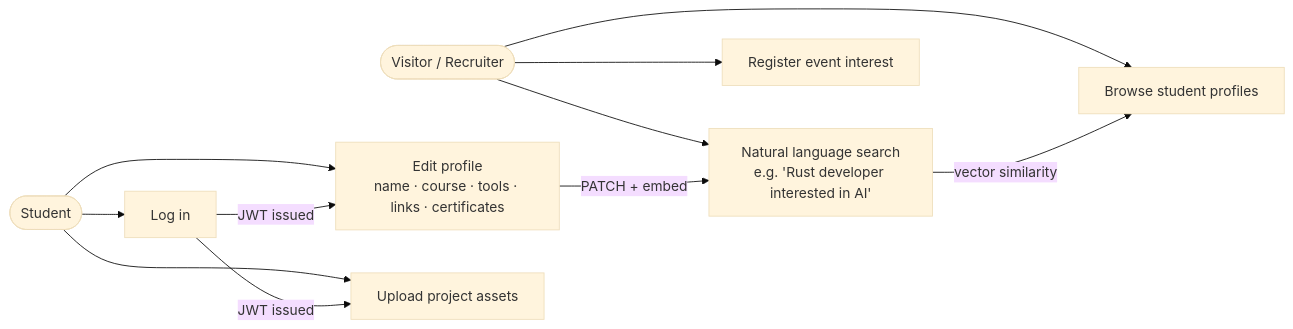
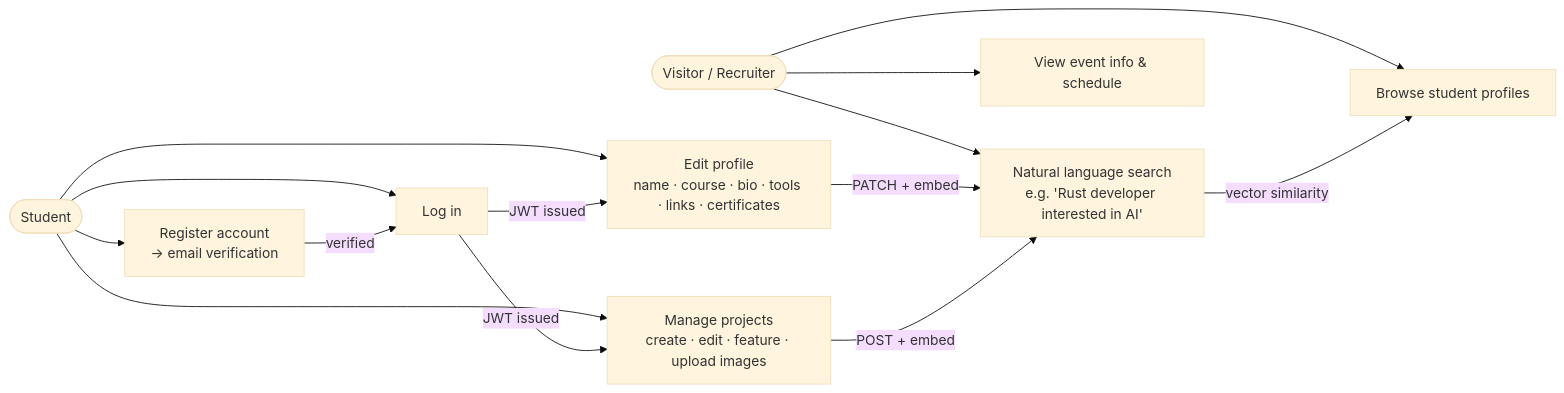
The sixth of 6 diagrams in README.md (Kroplewski-M/student_showcase), drawn with Mermaid (base theme) before and after one commit. The commit also changed other lines of this file, not shown here.

````diff
--- a/README.md
+++ b/README.md
@@ -220,18 +256,21 @@
 ```mermaid
 graph LR
     Visitor(["Visitor / Recruiter"])
     Student(["Student"])
 
     Visitor --> Browse["Browse student profiles"]
     Visitor --> Search["Natural language search\ne.g. 'Rust developer interested in AI'"]
-    Visitor --> Register["Register event interest"]
+    Visitor --> EventInfo["View event info & schedule"]
 
+    Student --> Register["Register account\n→ email verification"]
     Student --> Login["Log in"]
-    Student --> EditProfile["Edit profile\nname · course · tools · links · certificates"]
-    Student --> Upload["Upload project assets"]
+    Student --> EditProfile["Edit profile\nname · course · bio · tools · links · certificates"]
+    Student --> ManageProjects["Manage projects\ncreate · edit · feature · upload images"]
 
+    Register -->|verified| Login
     Login -->|JWT issued| EditProfile
-    Login -->|JWT issued| Upload
+    Login -->|JWT issued| ManageProjects
     EditProfile -->|PATCH + embed| Search
+    ManageProjects -->|POST + embed| Search
     Search -->|vector similarity| Browse
 ```
````
